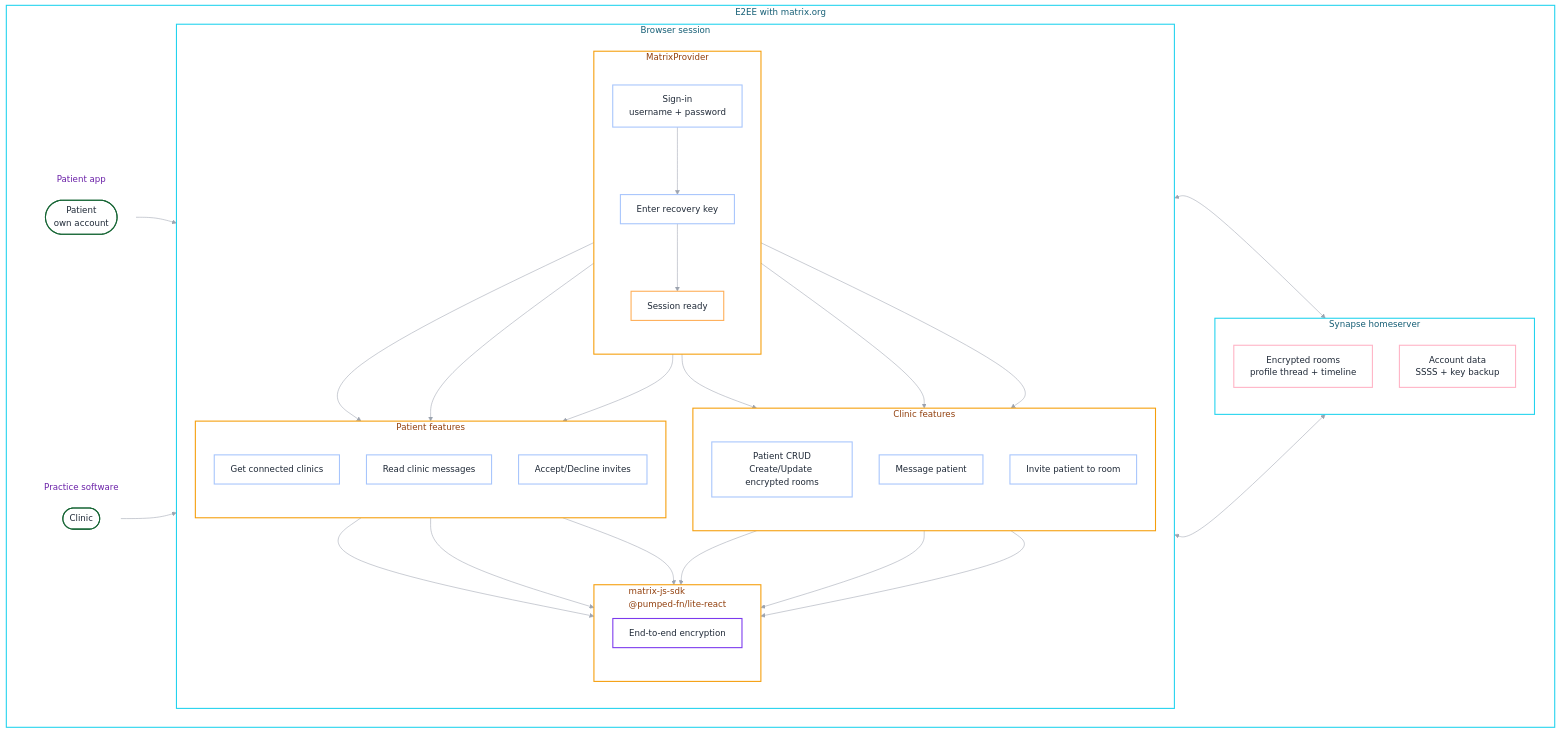
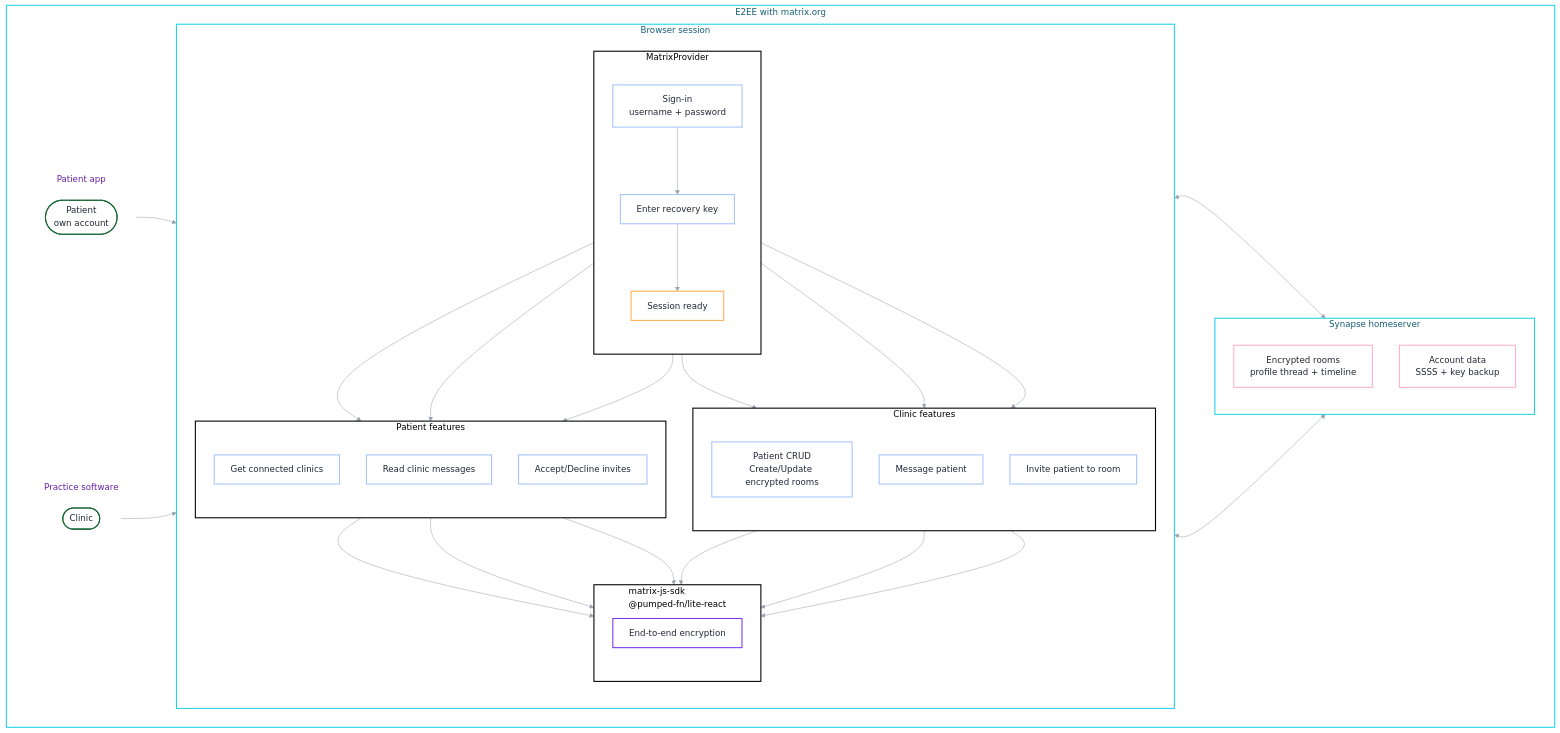
One commit to tini-works/e2ee-exploration changed the second of 2 diagrams in .c3/Customized presentation.md. Above: the diagram before and after it, drawn with Mermaid.

Commit message:
docs(c3): black borders for MatrixProvider, SDK, and feature subgraphs

````diff
--- a/.c3/Customized presentation.md
+++ b/.c3/Customized presentation.md
@@ -145,8 +145,8 @@
     style App fill:#ffffff,stroke:#22d3ee,stroke-width:2px,color:#155e75
     style BrowserZone fill:#ffffff,stroke:#22d3ee,stroke-width:2px,color:#155e75
     style SynapseZone fill:#ffffff,stroke:#22d3ee,stroke-width:2px,color:#155e75
-    style Gate fill:#ffffff,stroke:#f59e0b,stroke-width:2px,color:#92400e
-    style Sdk fill:#ffffff,stroke:#f59e0b,stroke-width:2px,color:#92400e
-    style ClinicFeatures fill:#ffffff,stroke:#f59e0b,stroke-width:2px,color:#92400e
-    style PatientFeatures fill:#ffffff,stroke:#f59e0b,stroke-width:2px,color:#92400e
+    style Gate fill:#ffffff,stroke:#000000,stroke-width:2px,color:#000000
+    style Sdk fill:#ffffff,stroke:#000000,stroke-width:2px,color:#000000
+    style ClinicFeatures fill:#ffffff,stroke:#000000,stroke-width:2px,color:#000000
+    style PatientFeatures fill:#ffffff,stroke:#000000,stroke-width:2px,color:#000000
 ```
````
